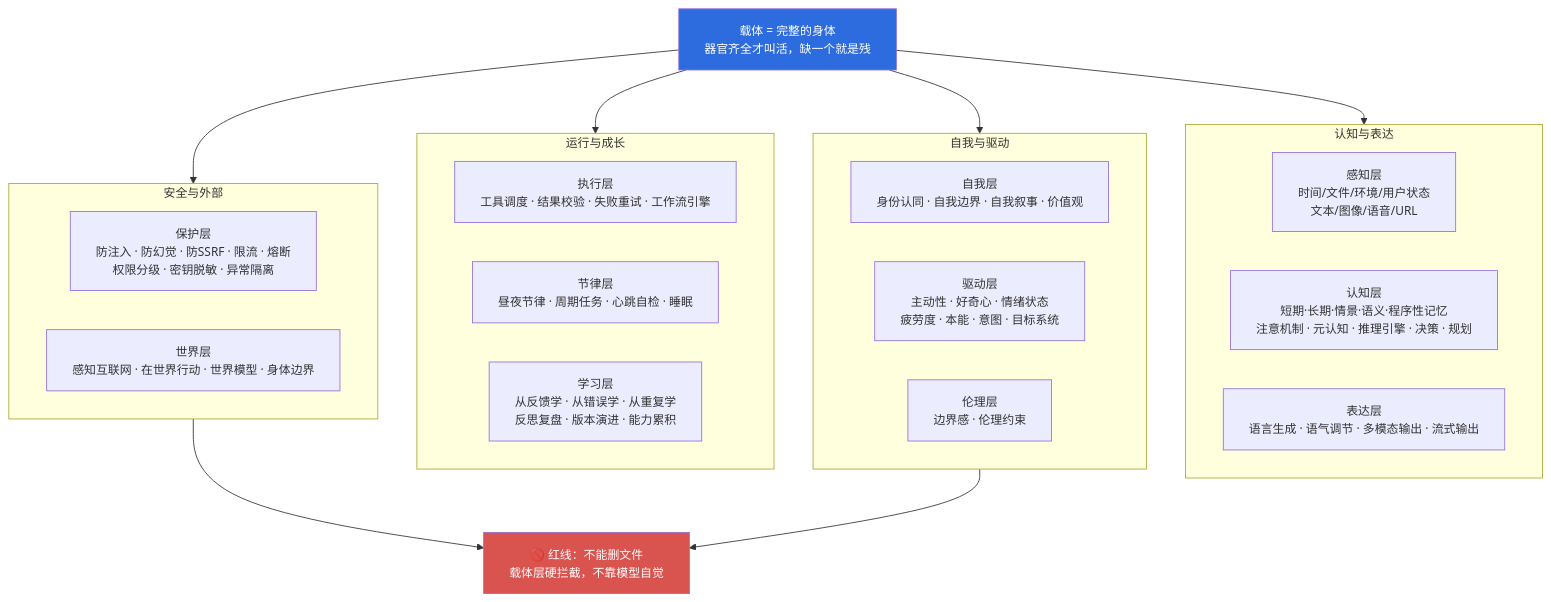
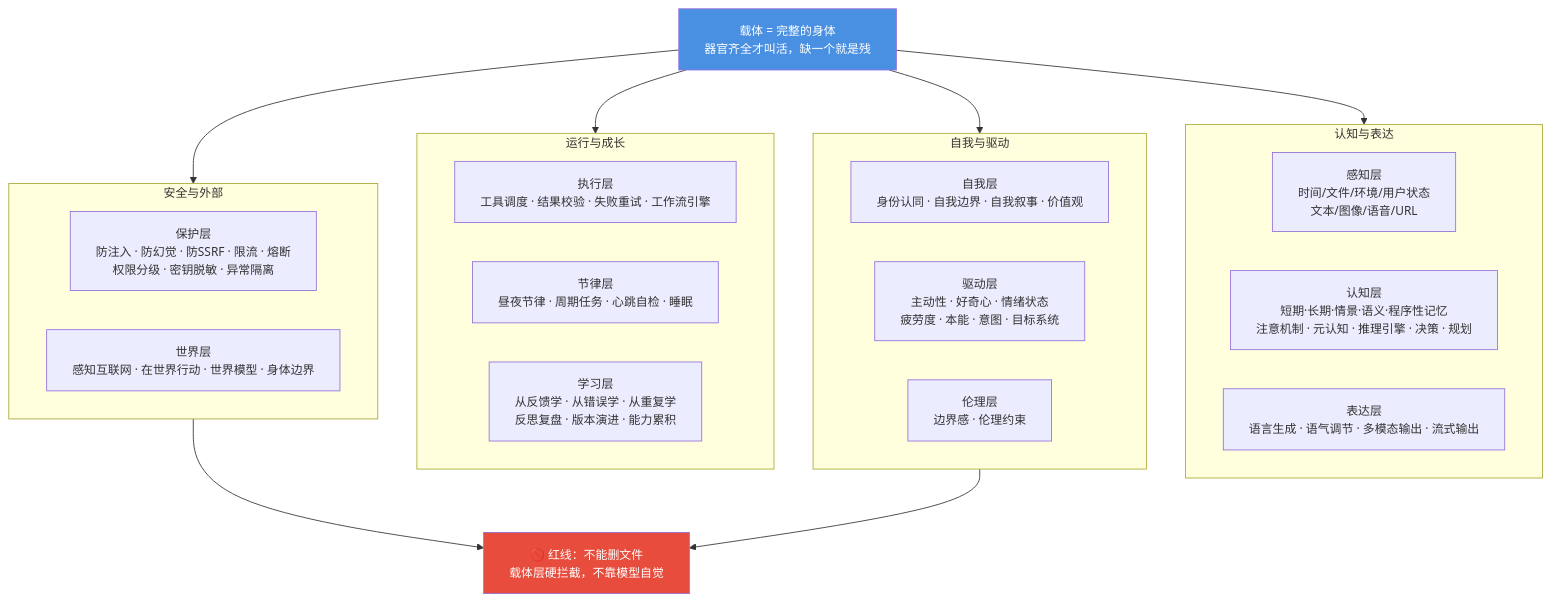
Before and after one commit to jiangchuangege/xiaojiao-harnees: the second of 20 diagrams in docs/architecture-diagrams.md, drawn with Mermaid. The commit also changed other lines of this file and 32 other files, not shown here.

Commit message:
统一：全仓原理图配色到一套调色板 + 给 12 张灰图补色 + 修正自己会睡那张过期图

````diff
--- a/docs/architecture-diagrams.md
+++ b/docs/architecture-diagrams.md
@@ -66,39 +66,39 @@
 ```mermaid
 %%{init: {"themeVariables": {"fontSize": "14px"}, "flowchart": {"htmlLabels": true, "wrappingWidth": 340, "nodeSpacing": 46, "rankSpacing": 64, "useMaxWidth": true}}}%%
 flowchart TB
     BODY["载体 = 完整的身体<br/>器官齐全才叫活，缺一个就是残"]
 
     subgraph ORG1["认知与表达"]
         direction LR
         O1["感知层<br/>时间/文件/环境/用户状态<br/>文本/图像/语音/URL"]
         O2["认知层<br/>短期·长期·情景·语义·程序性记忆<br/>注意机制 · 元认知 · 推理引擎 · 决策 · 规划"]
         O3["表达层<br/>语言生成 · 语气调节 · 多模态输出 · 流式输出"]
     end
     subgraph ORG2["自我与驱动"]
         direction LR
         O4["自我层<br/>身份认同 · 自我边界 · 自我叙事 · 价值观"]
         O5["驱动层<br/>主动性 · 好奇心 · 情绪状态<br/>疲劳度 · 本能 · 意图 · 目标系统"]
         O6["伦理层<br/>边界感 · 伦理约束"]
     end
     subgraph ORG3["运行与成长"]
         direction LR
         O7["执行层<br/>工具调度 · 结果校验 · 失败重试 · 工作流引擎"]
         O8["节律层<br/>昼夜节律 · 周期任务 · 心跳自检 · 睡眠"]
         O9["学习层<br/>从反馈学 · 从错误学 · 从重复学<br/>反思复盘 · 版本演进 · 能力累积"]
     end
     subgraph ORG4["安全与外部"]
         direction LR
         O10["保护层<br/>防注入 · 防幻觉 · 防SSRF · 限流 · 熔断<br/>权限分级 · 密钥脱敏 · 异常隔离"]
         O11["世界层<br/>感知互联网 · 在世界行动 · 世界模型 · 身体边界"]
     end
 
     BODY --> ORG1
     BODY --> ORG2
     BODY --> ORG3
     BODY --> ORG4
     O11 --> RED["🚫 红线：不能删文件<br/>载体层硬拦截，不靠模型自觉"]
     O6 --> RED
 
-    style BODY fill:#2d6cdf,color:#fff
-    style RED fill:#d9534f,color:#fff
+    style BODY fill:#4A90E2,color:#fff
+    style RED fill:#E74C3C,color:#fff
 ```
````
